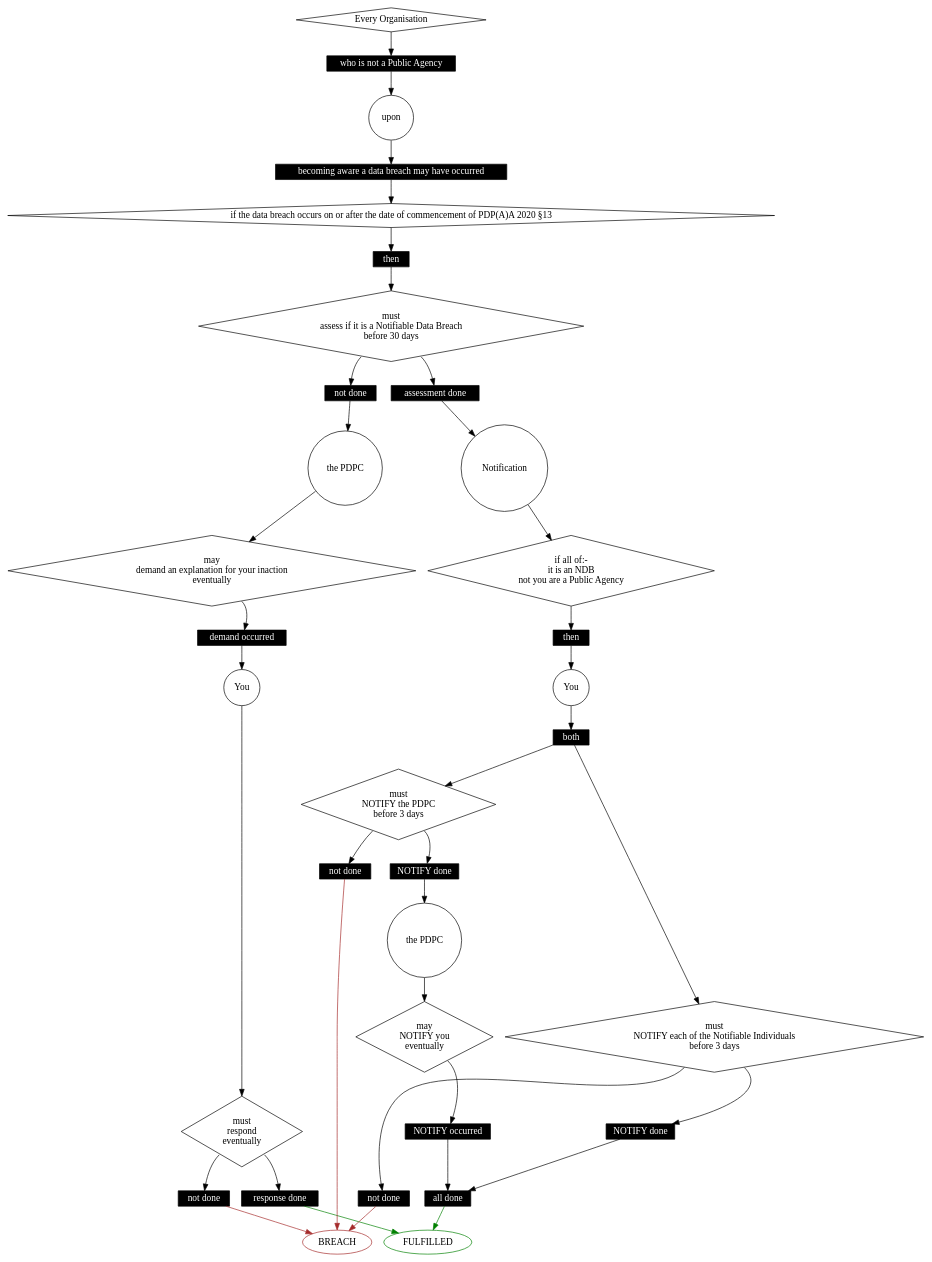
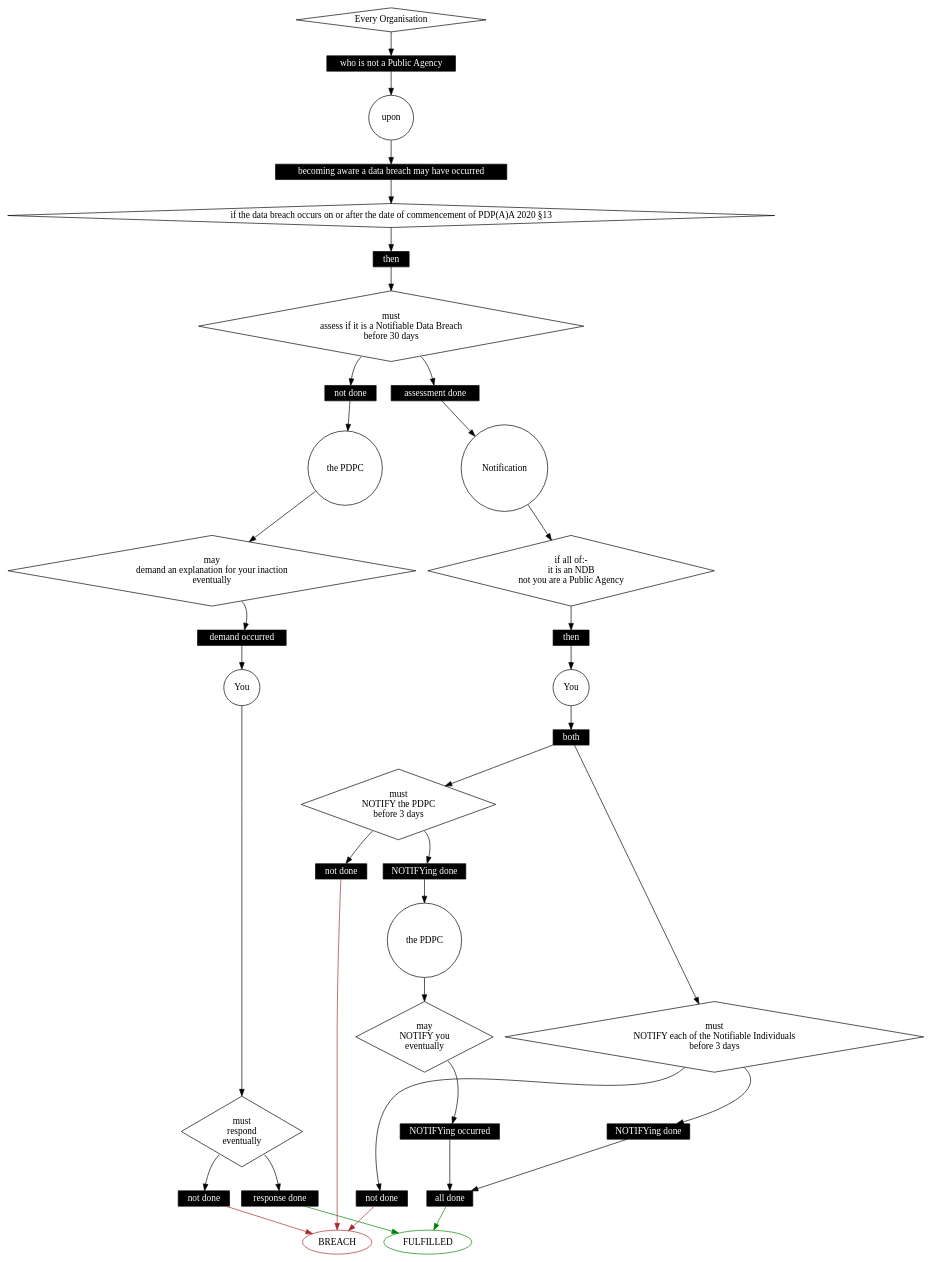
Before and after one commit to smucclaw/dsl: the diagram in lib/haskell/natural4/petri.dot, drawn with Graphviz. The commit also changed 1 other file, not shown here.

```diff
--- a/lib/haskell/natural4/petri.dot
+++ b/lib/haskell/natural4/petri.dot
@@ -1,159 +1,159 @@
 digraph {
     graph [compound=true];
     subgraph places {
         node [shape=circle];
         2 [label="Every Organisation"
           ,shape=diamond
           ,comment=IsFirstNode
           ,comment="OrigRL \"Assess\""
           ,comment=IsParty
           ,comment=IsParty];
         4 [label=upon,comment=IsUpon];
         6 [label="if the data breach occurs on or after the date of commencement of PDP(A)A 2020 §13"
           ,shape=diamond
           ,comment=IsCond];
         8 [label="must\nassess if it is a Notifiable Data Breach\nbefore 30 days"
           ,shape=diamond
           ,comment=IsDeon];
         11 [label=Notification
            ,comment=IsFirstNode
            ,comment=FromRuleAlias
            ,comment="OrigRL \"Notification\""];
         12 [label="the PDPC"
            ,comment=IsParty];
         13 [label="may\ndemand an explanation for your inaction\neventually"
            ,shape=diamond
            ,comment=IsDeon];
         15 [label=You,comment=IsParty];
         16 [label="must\nrespond\neventually"
            ,shape=diamond
            ,comment=IsDeon];
         19 [label=You
            ,comment=IsFirstNode
            ,comment="OrigRL \"Notify PDPC\""
            ,comment=IsParty
            ,comment=IsParty];
         20 [label="if all of:-\nit is an NDB\nnot you are a Public Agency"
            ,shape=diamond
            ,comment=IsCond];
         22 [label="must\nNOTIFY the PDPC\nbefore 3 days"
            ,shape=diamond
            ,comment=IsDeon];
         25 [label="the PDPC"
            ,comment=IsParty];
         26 [label="may\nNOTIFY you\neventually"
            ,shape=diamond
            ,comment=IsDeon];
         31 [label="must\nNOTIFY each of the Notifiable Individuals\nbefore 3 days"
            ,shape=diamond
            ,comment=IsDeon];
     }
     subgraph transitions {
         node [shape=box
              ,height=0.2
              ,style=filled
              ,fillcolor=black
              ,fontcolor=white
              ,fontname=Monaco];
         3 [label="who is not a Public Agency"];
         5 [label="becoming aware a data breach may have occurred"
           ,comment=IsUpon
           ,comment=IsCond];
         7 [label=then,comment=IsThen];
         9 [label="assessment done"
           ,comment="Temporal \"before 30 days\""
           ,comment=IsLastHappy
           ,comment="OrigRL \"Assess\""];
         10 [label="not done"];
         14 [label="demand occurred"
            ,comment="Temporal \"eventually\""
            ,comment=IsLastHappy
            ,comment="OrigRL \"Assess\""];
         17 [label="response done"
            ,comment="Temporal \"eventually\""
            ,comment=IsLastHappy
            ,comment="OrigRL \"Assess\""];
         18 [label="not done"];
         21 [label=then,comment=IsThen];
-        23 [label="NOTIFY done"
+        23 [label="NOTIFYing done"
            ,comment="Temporal \"before 3 days\""
            ,comment=IsLastHappy
            ,comment="OrigRL \"Notify PDPC\""];
         24 [label="not done"];
-        27 [label="NOTIFY occurred"
+        27 [label="NOTIFYing occurred"
            ,comment="Temporal \"eventually\""
            ,comment=IsLastHappy
            ,comment="OrigRL \"Notify PDPC\""];
-        32 [label="NOTIFY done"
+        32 [label="NOTIFYing done"
            ,comment="Temporal \"before 3 days\""
            ,comment=IsLastHappy
            ,comment="OrigRL \"Notify Individuals\""];
         33 [label="not done"];
         34 [label=both
            ,comment=IsInfra
            ,comment=IsAnd
            ,comment=IsSplit];
         35 [label="all done"
            ,comment=IsInfra
            ,comment=IsAnd
            ,comment=IsJoin];
     }
     subgraph breachfulfilled {
         graph [rank=same];
         0 [label=BREACH
           ,color=brown
           ,comment=IsInfra];
         1 [label=FULFILLED
           ,color=green
           ,comment=IsInfra];
     }
     0 -> 1 [comment="this will render as invisible, but will be on same rank"
            ,style=invis];
     2 -> 3;
     3 -> 4;
     4 -> 5;
     5 -> 6;
     6 -> 7;
     7 -> 8;
     8 -> 9 [tailport=se
            ,comment="southeast for positive"];
     8 -> 10 [tailport=sw
             ,comment="southwest for negative"];
     9 -> 11;
     10 -> 12;
     11 -> 20 [comment="due to mergePetri"];
     12 -> 13;
     13 -> 14 [tailport=se
              ,comment="southeast for positive"];
     14 -> 15;
     15 -> 16;
     16 -> 17 [tailport=se
              ,comment="southeast for positive"];
     16 -> 18 [tailport=sw
              ,comment="southwest for negative"];
     17 -> 1 [color=green];
     18 -> 0 [color=brown];
     19 -> 34 [comment="due to mergePetri"];
     20 -> 21 [comment="due to mergePetri"];
     21 -> 19 [comment="due to mergePetri"];
     22 -> 23 [tailport=se
              ,comment="southeast for positive"];
     22 -> 24 [tailport=sw
              ,comment="southwest for negative"];
     23 -> 25;
     24 -> 0 [color=brown];
     25 -> 26;
     26 -> 27 [tailport=se
              ,comment="southeast for positive"];
     27 -> 35 [comment="added by join from tailnode"];
     31 -> 32 [tailport=se
              ,comment="southeast for positive"];
     31 -> 33 [tailport=sw
              ,comment="southwest for negative"];
     32 -> 35 [comment="added by join from tailnode"];
     33 -> 0 [color=brown];
     34 -> 22 [comment="due to mergePetri"];
     34 -> 31 [comment="due to mergePetri"];
     35 -> 1 [color=green
             ,comment="added by join to fulfilledNode"];
 }
```
